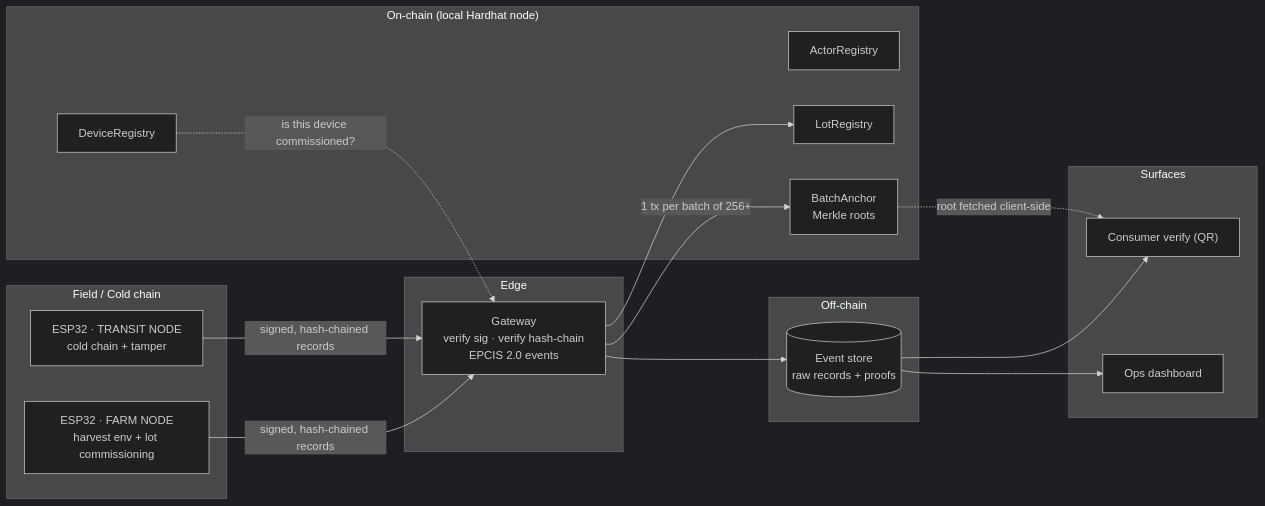
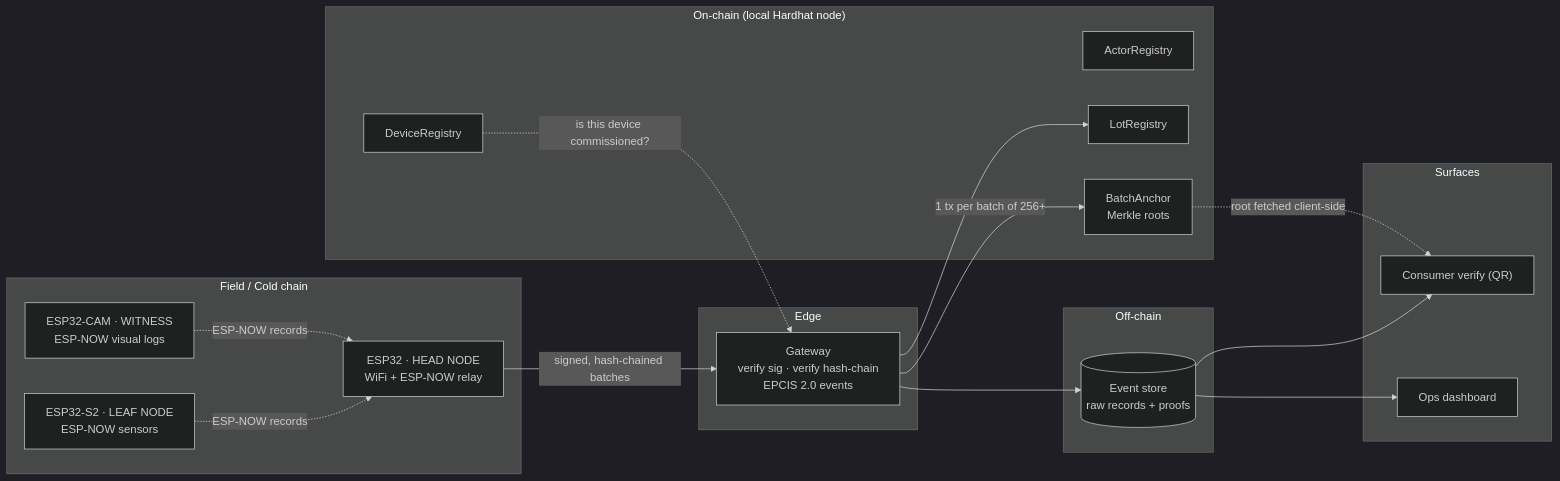
One commit to SarmaHighOnCode/krishichain changed the diagram in README.md. Above: the diagram before and after it, drawn with Mermaid (dark theme). The commit also changed other lines of this file and 5 other files, not shown here.

Commit message:
feat: H1-14 HEAD relay, heartbeats & adaptive sampling

````diff
--- a/README.md
+++ b/README.md
@@ -36,37 +36,39 @@
 ```mermaid
 flowchart LR
   subgraph FIELD["Field / Cold chain"]
-    N1["ESP32 · FARM NODE<br/>harvest env + lot commissioning"]
-    N2["ESP32 · TRANSIT NODE<br/>cold chain + tamper"]
+    N1["ESP32 · HEAD NODE<br/>WiFi + ESP-NOW relay"]
+    N2["ESP32-S2 · LEAF NODE<br/>ESP-NOW sensors"]
+    N3["ESP32-CAM · WITNESS<br/>ESP-NOW visual logs"]
   end
 
   subgraph EDGE["Edge"]
     GW["Gateway<br/>verify sig · verify hash-chain<br/>EPCIS 2.0 events"]
   end
 
   subgraph OFFCHAIN["Off-chain"]
     DB[("Event store<br/>raw records + proofs")]
   end
 
   subgraph CHAIN["On-chain (local Hardhat node)"]
     C1["DeviceRegistry"]
     C2["ActorRegistry"]
     C3["LotRegistry"]
     C4["BatchAnchor<br/>Merkle roots"]
   end
 
   subgraph APPS["Surfaces"]
     W1["Consumer verify (QR)"]
     W2["Ops dashboard"]
   end
 
-  N1 -->|"signed, hash-chained records"| GW
-  N2 -->|"signed, hash-chained records"| GW
+  N2 -.->|"ESP-NOW records"| N1
+  N3 -.->|"ESP-NOW records"| N1
+  N1 -->|"signed, hash-chained batches"| GW
   GW --> DB
   GW -->|"1 tx per batch of 256+"| C4
   GW --> C3
   C1 -.->|"is this device commissioned?"| GW
   DB --> W1
   DB --> W2
   C4 -.->|"root fetched client-side"| W1
 ```
````
